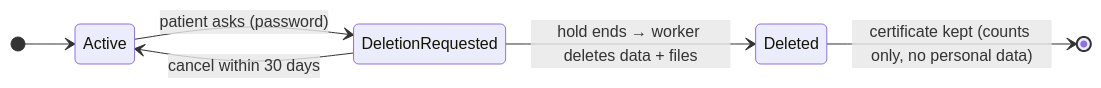
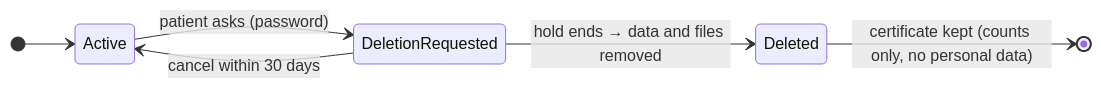
Before and after one commit to arshdeepsingh11/Neyu-AI: the seventh of 11 diagrams in README.md, drawn with Mermaid. The commit also changed other lines of this file and 2 other files, not shown here.

Commit message:
Rewrite README as product documentation with charts

````diff
--- a/README.md
+++ b/README.md
@@ -119,9 +275,9 @@
 ```mermaid
 stateDiagram-v2
   direction LR
   [*] --> Active
   Active --> DeletionRequested: patient asks (password)
   DeletionRequested --> Active: cancel within 30 days
-  DeletionRequested --> Deleted: hold ends → worker deletes data + files
+  DeletionRequested --> Deleted: hold ends → data and files removed
   Deleted --> [*]: certificate kept (counts only, no personal data)
 ```
````
